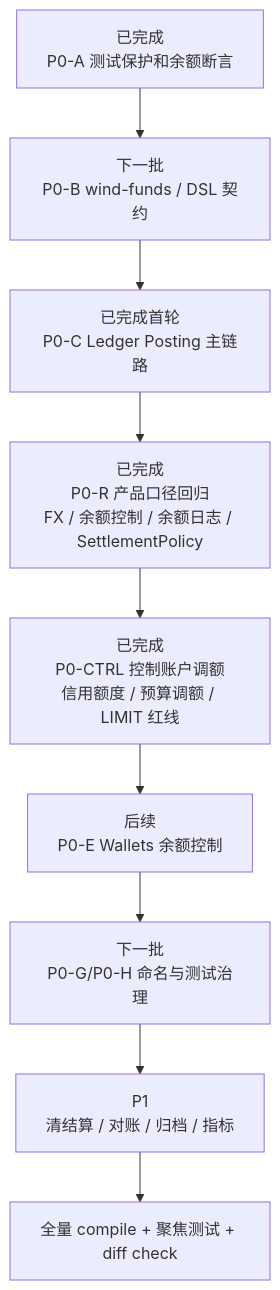
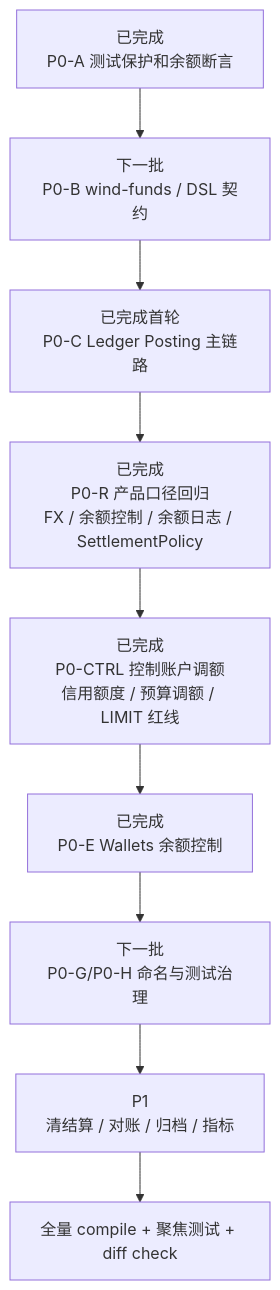
Before and after one commit to fengwuxp/wind-funds: the diagram in docs/v5/系分设计/P0 编码任务拆分.md, drawn with Mermaid. The commit also changed other lines of this file and 2 other files, not shown here.

````diff
--- a/docs/v5/系分设计/P0 编码任务拆分.md
+++ b/docs/v5/系分设计/P0 编码任务拆分.md
@@ -278,11 +279,11 @@
 ```mermaid
 flowchart TD
     A["已完成\nP0-A 测试保护和余额断言"] --> B["下一批\nP0-B wind-funds / DSL 契约"]
     B --> C["已完成首轮\nP0-C Ledger Posting 主链路"]
     C --> R["已完成\nP0-R 产品口径回归\nFX / 余额控制 / 余额日志 / SettlementPolicy"]
     R --> CTRL["已完成\nP0-CTRL 控制账户调额\n信用额度 / 预算调额 / LIMIT 红线"]
-    CTRL --> D["后续\nP0-E Wallets 余额控制"]
+    CTRL --> D["已完成\nP0-E Wallets 余额控制"]
     D --> H["下一批\nP0-G/P0-H 命名与测试治理"]
     H --> E["P1\n清结算 / 对账 / 归档 / 指标"]
     E --> G["全量 compile + 聚焦测试 + diff check"]
 ```
````
